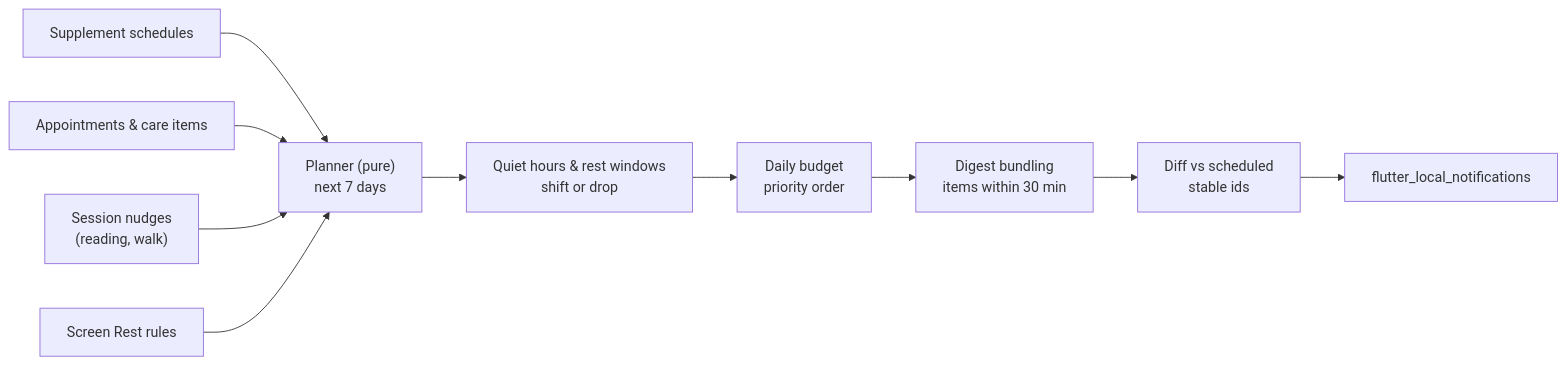
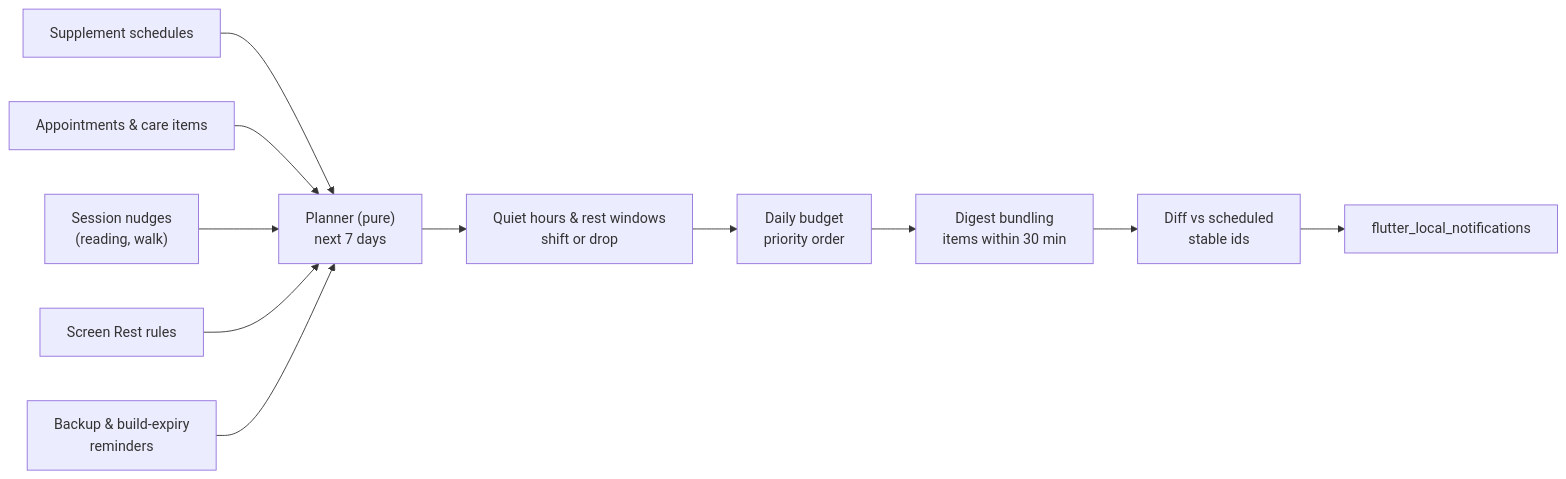
One commit to patel-keyur-18/pregnancy-care changed the second of 4 diagrams in docs/ARCHITECTURE.md. Above: the diagram before and after it, drawn with Mermaid. The commit also changed other lines of this file and 3 other files, not shown here.

````diff
--- a/docs/ARCHITECTURE.md
+++ b/docs/ARCHITECTURE.md
@@ -158,12 +167,13 @@
 ```mermaid
 flowchart LR
   S1["Supplement schedules"] --> P
   S2["Appointments & care items"] --> P
   S3["Session nudges<br/>(reading, walk)"] --> P
   S4["Screen Rest rules"] --> P
+  S5["Backup & build-expiry<br/>reminders"] --> P
   P["Planner (pure)<br/>next 7 days"] --> Q["Quiet hours & rest windows<br/>shift or drop"]
   Q --> B["Daily budget<br/>priority order"]
   B --> D["Digest bundling<br/>items within 30 min"]
   D --> X["Diff vs scheduled<br/>stable ids"]
   X --> N["flutter_local_notifications"]
 ```
````
